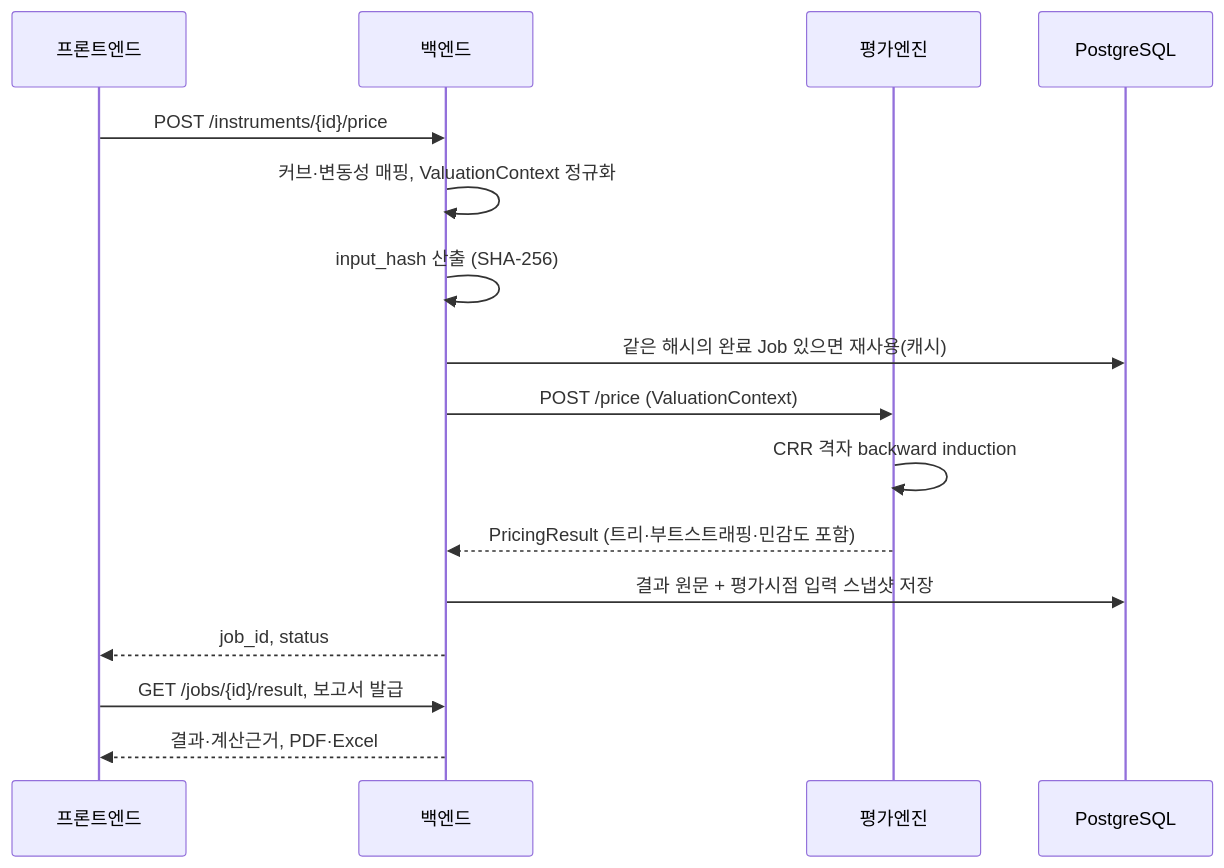
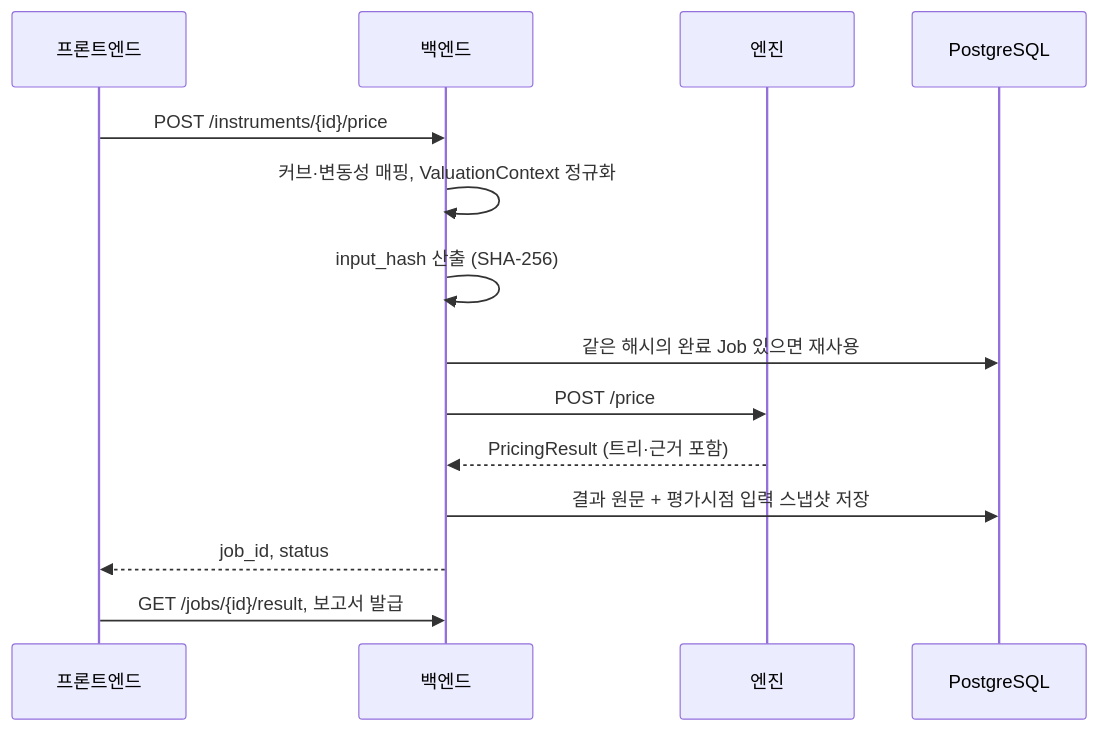
Before and after one commit to pangwon04/fairvalue-engine: the second of 3 diagrams in README.md, drawn with Mermaid. The commit also changed other lines of this file, not shown here.

Commit message:
docs: software/data architecture in README, module code guide

````diff
--- a/README.md
+++ b/README.md
@@ -94,18 +88,16 @@
 ```mermaid
 sequenceDiagram
     participant F as 프론트엔드
     participant B as 백엔드
-    participant E as 평가엔진
+    participant E as 엔진
     participant DB as PostgreSQL
     F->>B: POST /instruments/{id}/price
     B->>B: 커브·변동성 매핑, ValuationContext 정규화
     B->>B: input_hash 산출 (SHA-256)
-    B->>DB: 같은 해시의 완료 Job 있으면 재사용(캐시)
-    B->>E: POST /price (ValuationContext)
-    E->>E: CRR 격자 backward induction
-    E-->>B: PricingResult (트리·부트스트래핑·민감도 포함)
+    B->>DB: 같은 해시의 완료 Job 있으면 재사용
+    B->>E: POST /price
+    E-->>B: PricingResult (트리·근거 포함)
     B->>DB: 결과 원문 + 평가시점 입력 스냅샷 저장
     B-->>F: job_id, status
     F->>B: GET /jobs/{id}/result, 보고서 발급
-    B-->>F: 결과·계산근거, PDF·Excel
 ```
````
